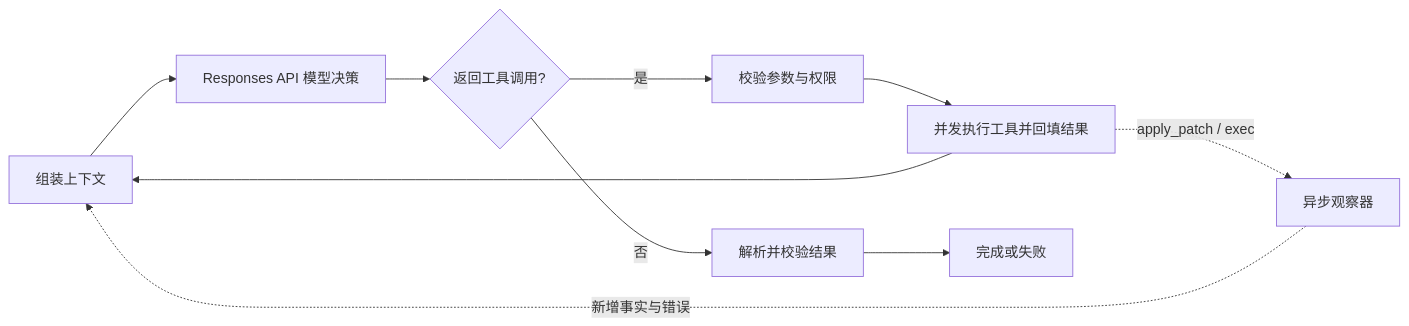
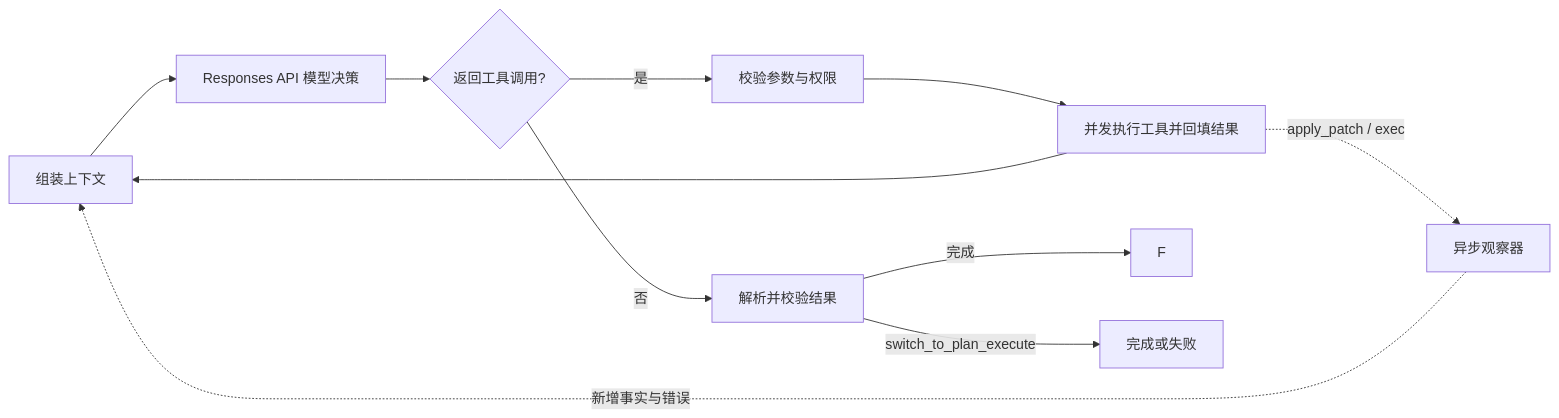
Before and after one commit to collie-agent/codex-go: the second of 2 diagrams in README.md, drawn with Mermaid. The commit also changed other lines of this file and 31 other files, not shown here.

Commit message:
Add runtime switch to plan execution

````diff
--- a/README.md
+++ b/README.md
@@ -141,12 +142,13 @@
 ```mermaid
 flowchart LR
     C[组装上下文] --> L[Responses API 模型决策]
     L --> D{返回工具调用?}
     D -->|是| V[校验参数与权限]
     V --> T[并发执行工具并回填结果]
     T --> C
     T -. apply_patch / exec .-> O[异步观察器]
     O -. 新增事实与错误 .-> C
     D -->|否| R[解析并校验结果]
-    R --> F[完成或失败]
+    R -->|完成| F
+    R -->|switch_to_plan_execute| P[完成或失败]
 ```
````
